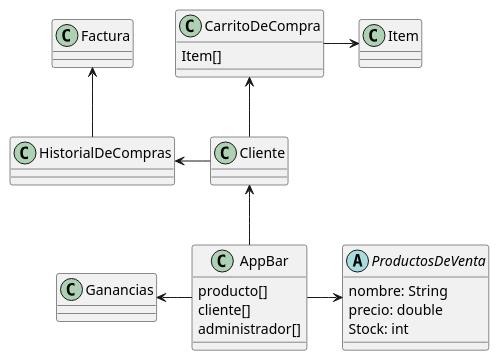
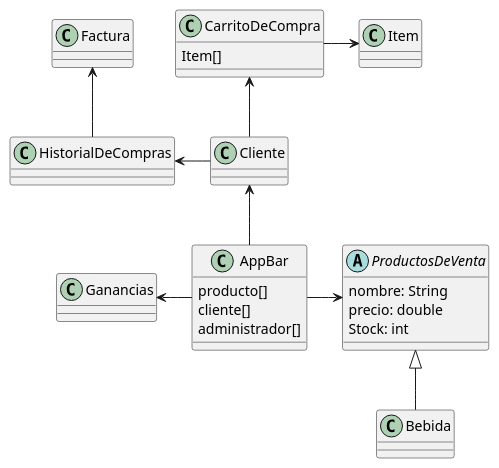
The diagram in .idea/Diagrama.puml (FernandoHuilca/PoliEats_ProyectoEDA), drawn with PlantUML before and after one commit. The commit also changed other lines of this file, not shown here.

Commit message:
Diagrama UML archivo

```diff
--- a/.idea/Diagrama.puml
+++ b/.idea/Diagrama.puml
@@ -1,48 +1,52 @@
 @startuml
 'https://plantuml.com/class-diagram
 
 class AppBar{
     producto[]
     cliente[]
     administrador[]
 }
 
 class Ganancias{
 
 }
 
 abstract class ProductosDeVenta{
     nombre: String
     precio: double
     Stock: int
 }
 
 class Cliente{
 
 }
 
 class HistorialDeCompras{
 
 }
 
 class Factura{
 
 }
 
 class CarritoDeCompra{
     Item[]
 }
 
 class Item{
 
 }
 
+class Bebida{
+
+}
 
 AppBar -l-> Ganancias
 AppBar -r-> ProductosDeVenta
 AppBar -u-> Cliente
 Cliente -l-> HistorialDeCompras
 HistorialDeCompras -u-> Factura
 Cliente -u-> CarritoDeCompra
 CarritoDeCompra -r-> Item
+ProductosDeVenta <|-- Bebida
 @enduml
```
